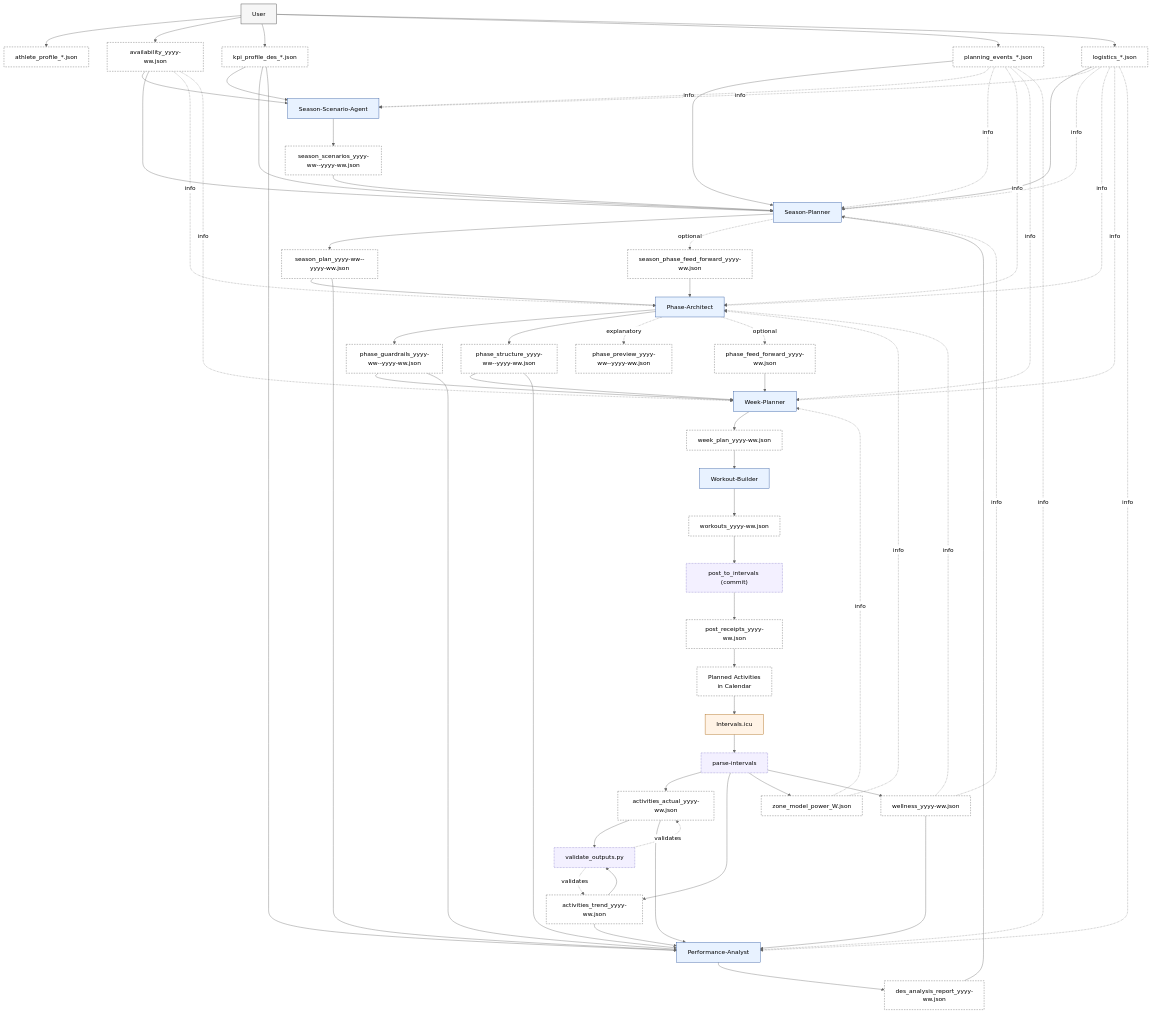
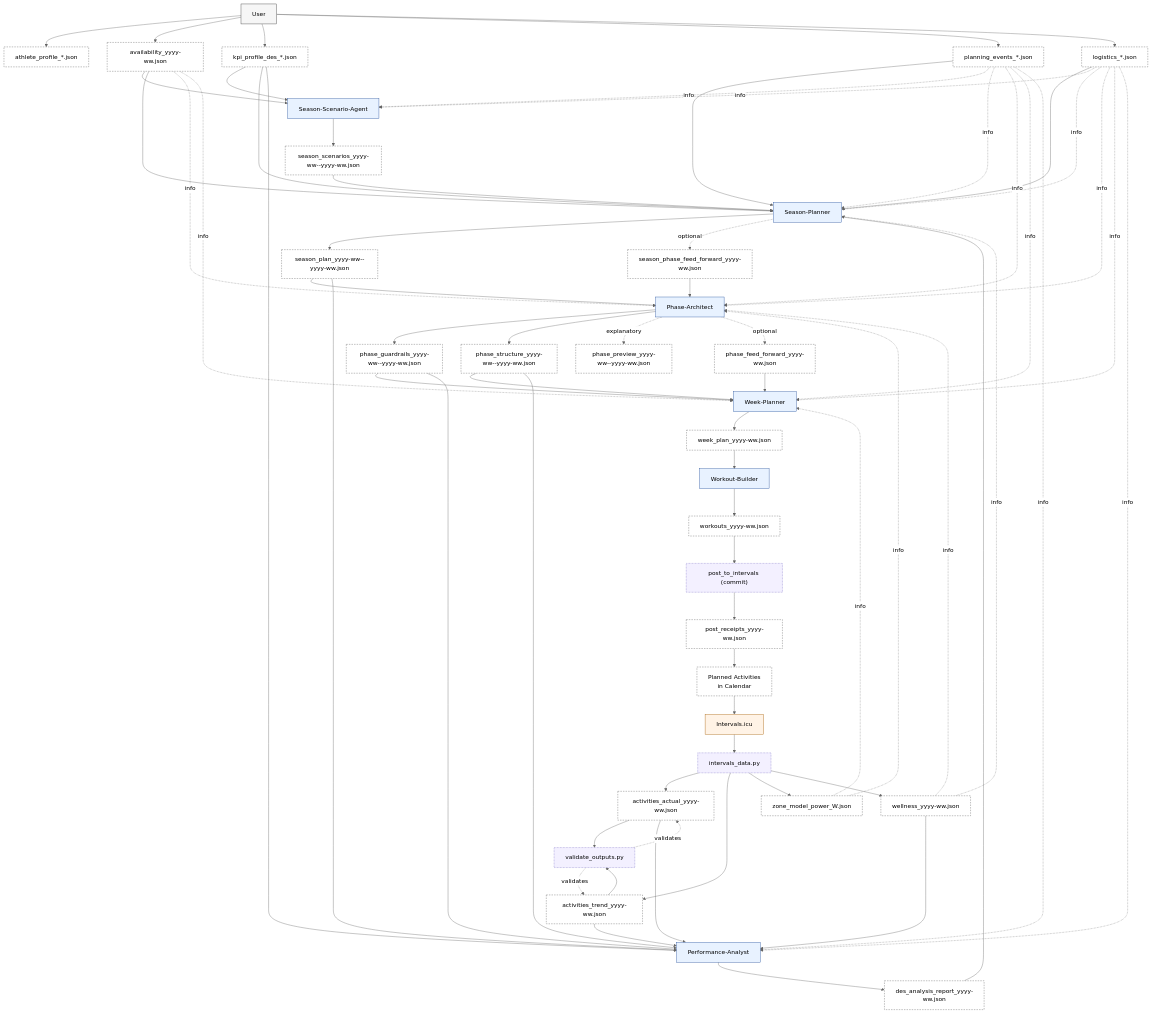
One commit to albauer-priv/RPS changed the first of 8 diagrams in doc/overview/artefact_flow.md. Above: the diagram before and after it, drawn with Mermaid (neutral theme). The commit also changed other lines of this file and 13 other files, not shown here.

```diff
--- a/doc/overview/artefact_flow.md
+++ b/doc/overview/artefact_flow.md
@@ -26,7 +26,7 @@
   WB[Workout-Builder]:::agent
   PA[Performance-Analyst]:::agent
   I[Intervals.icu]:::external
-  EXP[parse-intervals]:::script
+  EXP["intervals_data.py"]:::script
   VAL[validate_outputs.py]:::script
   POST["post_to_intervals (commit)"]:::script
   RCPT[post_receipts_yyyy-ww.json]:::artefact
```
